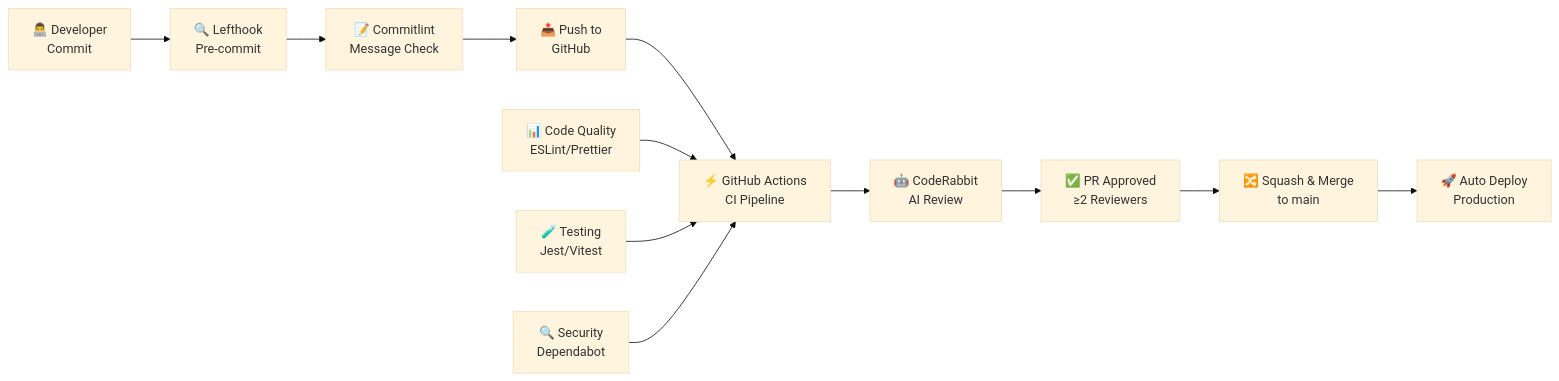
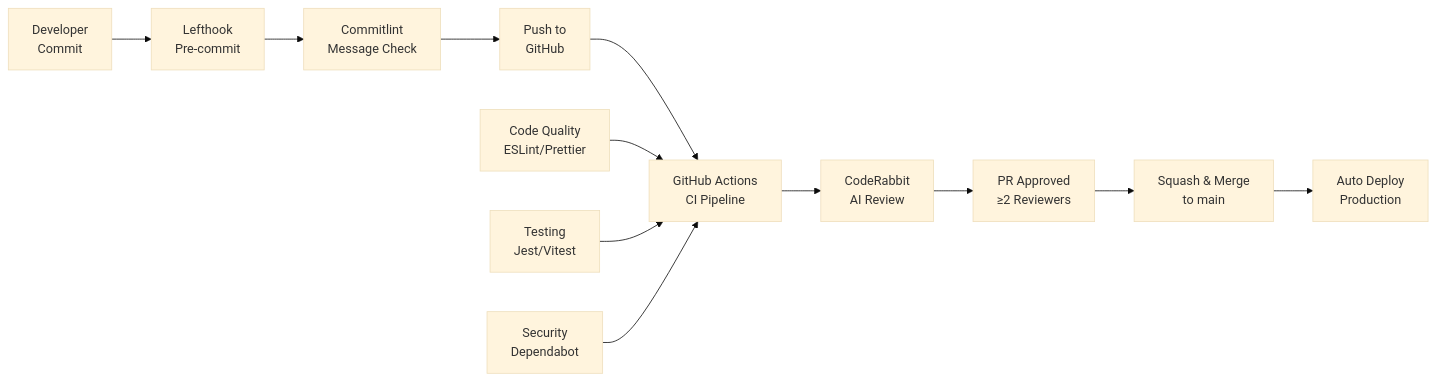
The second of 2 diagrams in Readme.md (mrthinh307/back-market), drawn with Mermaid (base theme) before and after one commit. The commit also changed other lines of this file, not shown here.

````diff
--- a/Readme.md
+++ b/Readme.md
@@ -249,17 +251,17 @@
 ```mermaid
 flowchart LR
-    A[👨‍💻 Developer<br/>Commit] --> B[🔍 Lefthook<br/>Pre-commit]
-    B --> C[📝 Commitlint<br/>Message Check]
-    C --> D[📤 Push to<br/>GitHub]
+    A[Developer<br/>Commit] --> B[Lefthook<br/>Pre-commit]
+    B --> C[Commitlint<br/>Message Check]
+    C --> D[Push to<br/>GitHub]
     
-    D --> E[⚡ GitHub Actions<br/>CI Pipeline]
-    E --> F[🤖 CodeRabbit<br/>AI Review]
+    D --> E[GitHub Actions<br/>CI Pipeline]
+    E --> F[CodeRabbit<br/>AI Review]
     
-    F --> G[✅ PR Approved<br/>≥2 Reviewers]
-    G --> H[🔀 Squash & Merge<br/>to main]
-    H --> I[🚀 Auto Deploy<br/>Production]
+    F --> G[PR Approved<br/>≥2 Reviewers]
+    G --> H[Squash & Merge<br/>to main]
+    H --> I[Auto Deploy<br/>Production]
     
-    J[📊 Code Quality<br/>ESLint/Prettier] --> E
-    K[🧪 Testing<br/>Jest/Vitest] --> E
-    L[🔍 Security<br/>Dependabot] --> E
+    J[Code Quality<br/>ESLint/Prettier] --> E
+    K[Testing<br/>Jest/Vitest] --> E
+    L[Security<br/>Dependabot] --> E
 ```
````
